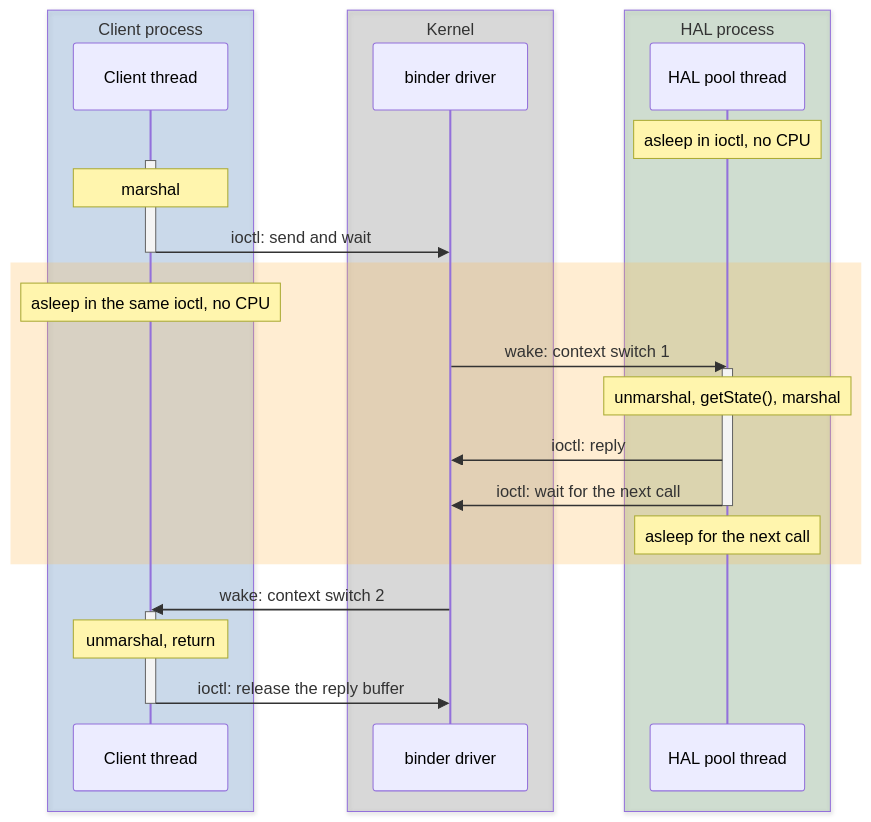
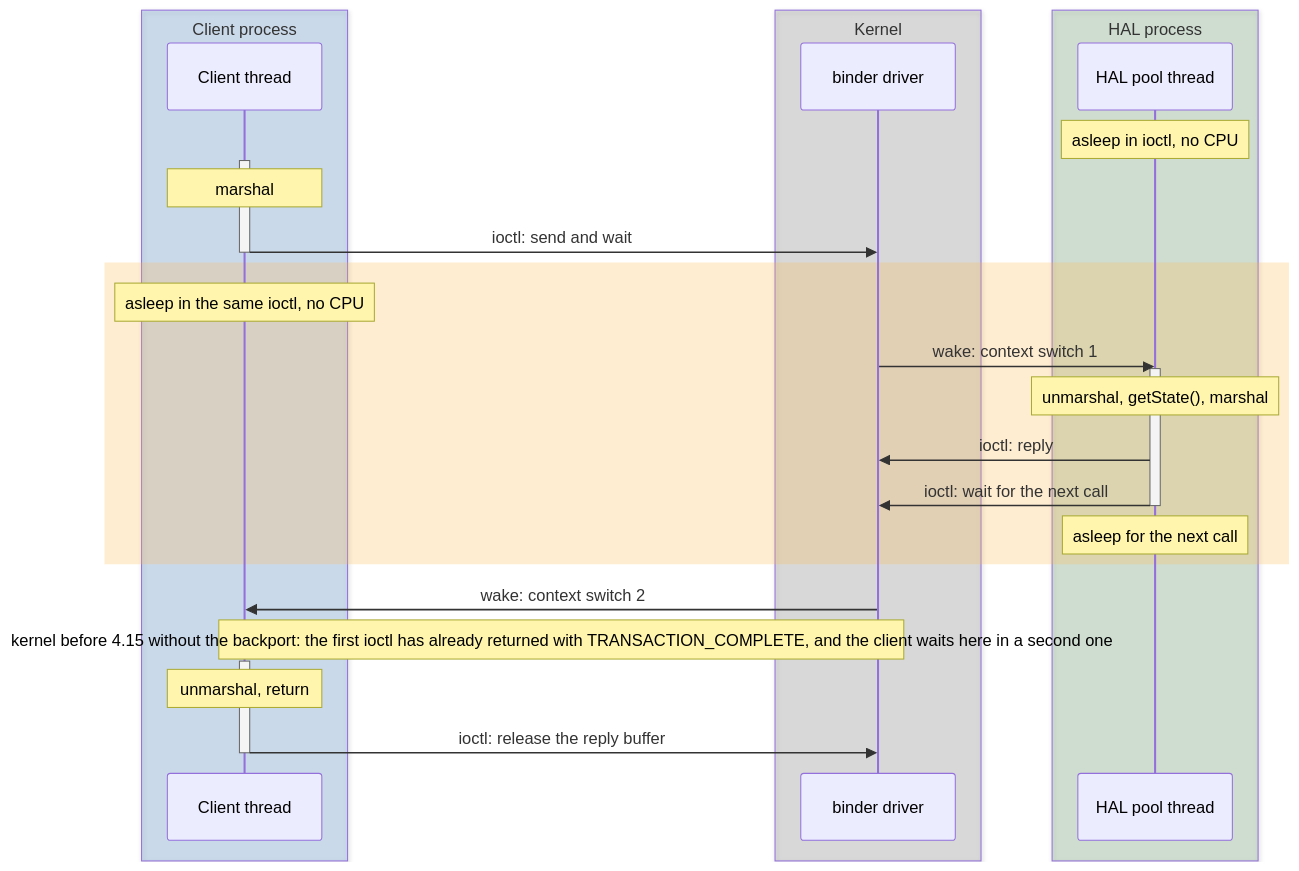
One commit to rdkcentral/rdk-halif-aidl changed the second of 6 diagrams in docs/introduction/binder_call_path.md. Above: the diagram before and after it, drawn with Mermaid. The commit also changed other lines of this file and 1 other file, not shown here.

First line of the commit message:
Fix #1033: Add SDK bootstrap, old-kernel count

````diff
--- a/docs/introduction/binder_call_path.md
+++ b/docs/introduction/binder_call_path.md
@@ -58,32 +59,33 @@
 ```mermaid
 sequenceDiagram
     box rgba(21,101,192,0.18) Client process
     participant C as Client thread
     end
     box rgba(97,97,97,0.18) Kernel
     participant K as binder driver
     end
     box rgba(46,125,50,0.18) HAL process
     participant H as HAL pool thread
     end
     Note over H: asleep in ioctl, no CPU
     activate C
     Note over C: marshal
     C->>K: ioctl: send and wait
     deactivate C
     rect rgba(255,183,77,0.25)
         Note over C: asleep in the same ioctl, no CPU
         K->>H: wake: context switch 1
         activate H
         Note over H: unmarshal, getState(), marshal
         H->>K: ioctl: reply
         H->>K: ioctl: wait for the next call
         deactivate H
         Note over H: asleep for the next call
     end
     K->>C: wake: context switch 2
+    Note over C,K: kernel before 4.15 without the backport: the first ioctl has already returned with TRANSACTION_COMPLETE, and the client waits here in a second one
     activate C
     Note over C: unmarshal, return
     C->>K: ioctl: release the reply buffer
     deactivate C
 ```
````
